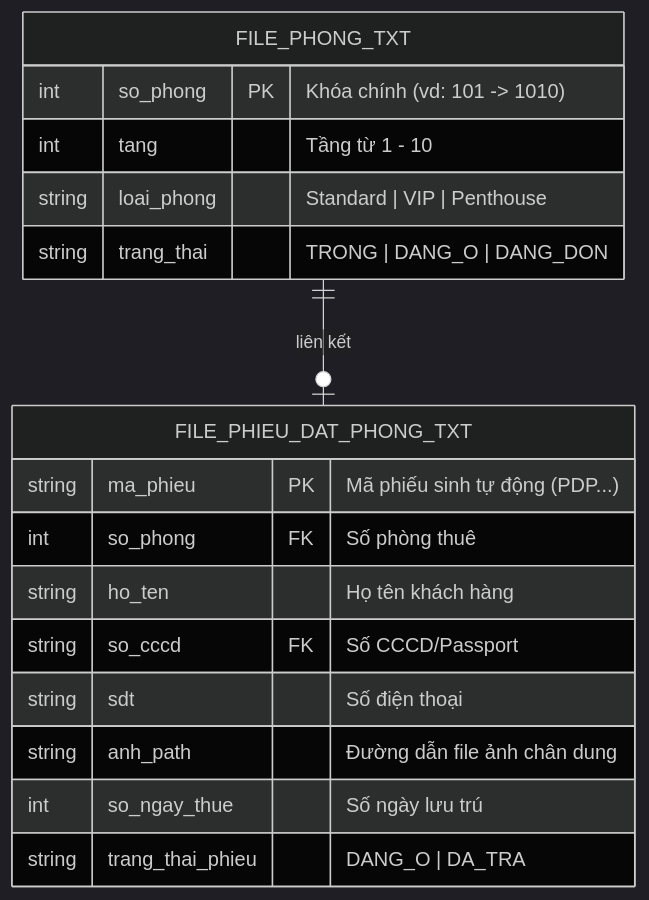
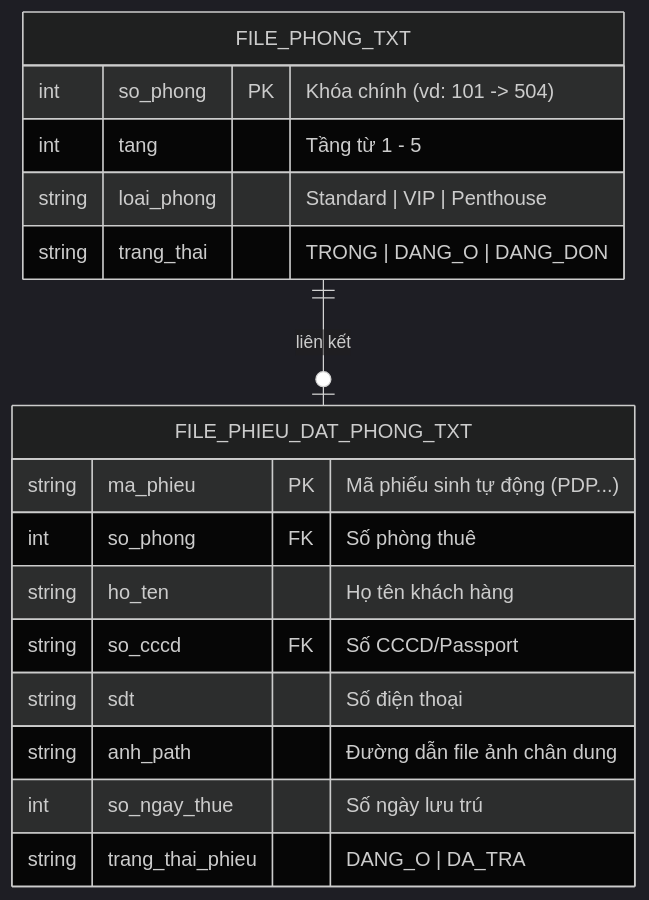
One commit to NNTTuan/HotelBookingSystem changed the diagram in docs/diagrams/erd_data_model.mmd. Above: the diagram before and after it, drawn with Mermaid (dark theme). The commit also changed 4 other files, not shown here.

Commit message:
edit README.md, activity_checkin.mmd, architecture.mmd, erd_data_model.mmd, usecase_diagram.mmd

```diff
--- a/docs/diagrams/erd_data_model.mmd
+++ b/docs/diagrams/erd_data_model.mmd
@@ -1,20 +1,20 @@
 erDiagram
     FILE_PHONG_TXT {
-        int so_phong PK "Khóa chính (vd: 101 -> 1010)"
-        int tang "Tầng từ 1 - 10"
+        int so_phong PK "Khóa chính (vd: 101 -> 504)"
+        int tang "Tầng từ 1 - 5"
         string loai_phong "Standard | VIP | Penthouse"
         string trang_thai "TRONG | DANG_O | DANG_DON"
     }
 
     FILE_PHIEU_DAT_PHONG_TXT {
         string ma_phieu PK "Mã phiếu sinh tự động (PDP...)"
         int so_phong FK "Số phòng thuê"
         string ho_ten "Họ tên khách hàng"
         string so_cccd FK "Số CCCD/Passport"
         string sdt "Số điện thoại"
         string anh_path "Đường dẫn file ảnh chân dung"
         int so_ngay_thue "Số ngày lưu trú"
         string trang_thai_phieu "DANG_O | DA_TRA"
     }
 
     FILE_PHONG_TXT ||--o| FILE_PHIEU_DAT_PHONG_TXT : "liên kết"
```
